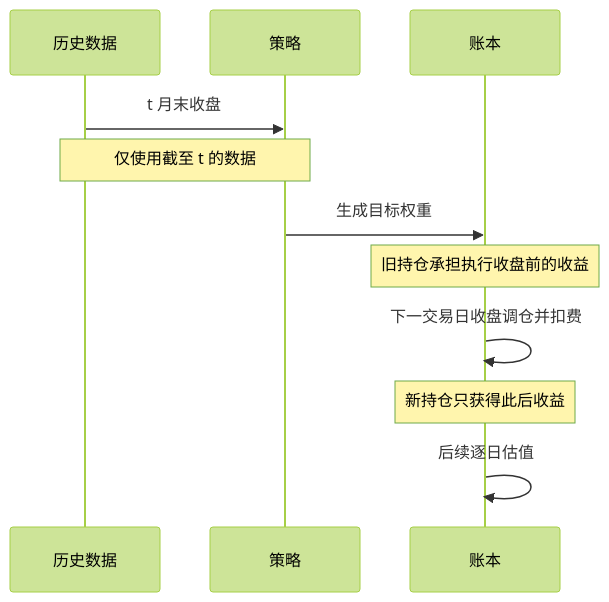
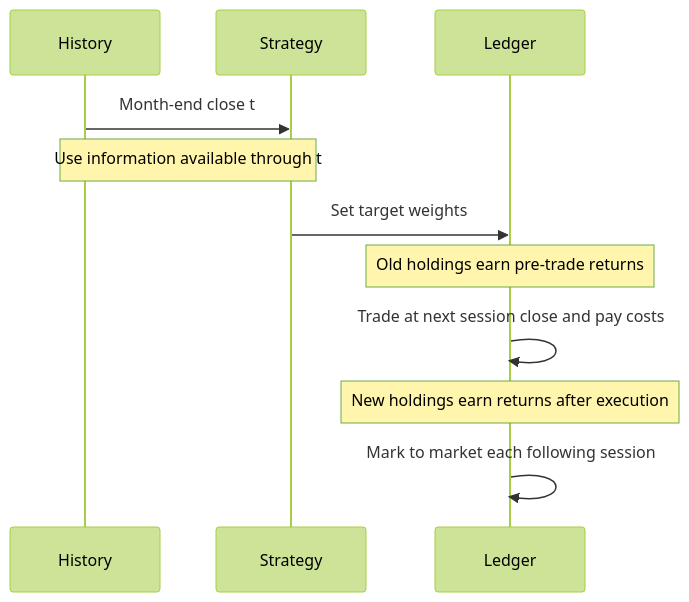
The second of 2 diagrams in README.md (ChungKit-WAN/Quant-research-lab-v0.1.0), drawn with Mermaid (forest theme) before and after one commit. The commit also changed other lines of this file and 43 other files, not shown here.

````diff
--- a/README.md
+++ b/README.md
@@ -120,13 +136,13 @@
 ```mermaid
 sequenceDiagram
-    participant D as 历史数据
-    participant S as 策略
-    participant L as 账本
-    D->>S: t 月末收盘
-    Note over D,S: 仅使用截至 t 的数据
-    S->>L: 生成目标权重
-    Note over L: 旧持仓承担执行收盘前的收益
-    L->>L: 下一交易日收盘调仓并扣费
-    Note over L: 新持仓只获得此后收益
-    L->>L: 后续逐日估值
+    participant D as History
+    participant S as Strategy
+    participant L as Ledger
+    D->>S: Month-end close t
+    Note over D,S: Use information available through t
+    S->>L: Set target weights
+    Note over L: Old holdings earn pre-trade returns
+    L->>L: Trade at next session close and pay costs
+    Note over L: New holdings earn returns after execution
+    L->>L: Mark to market each following session
 ```
````
